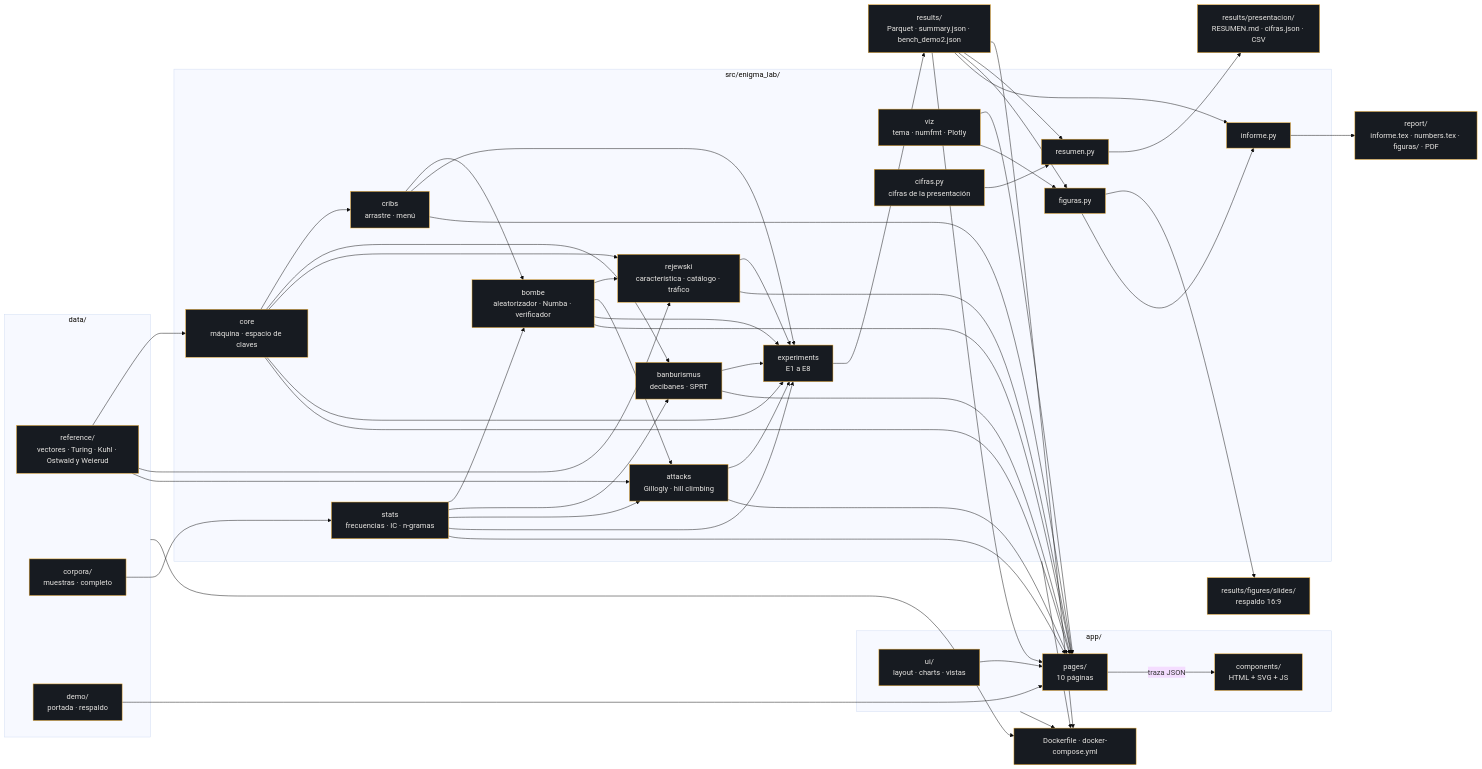
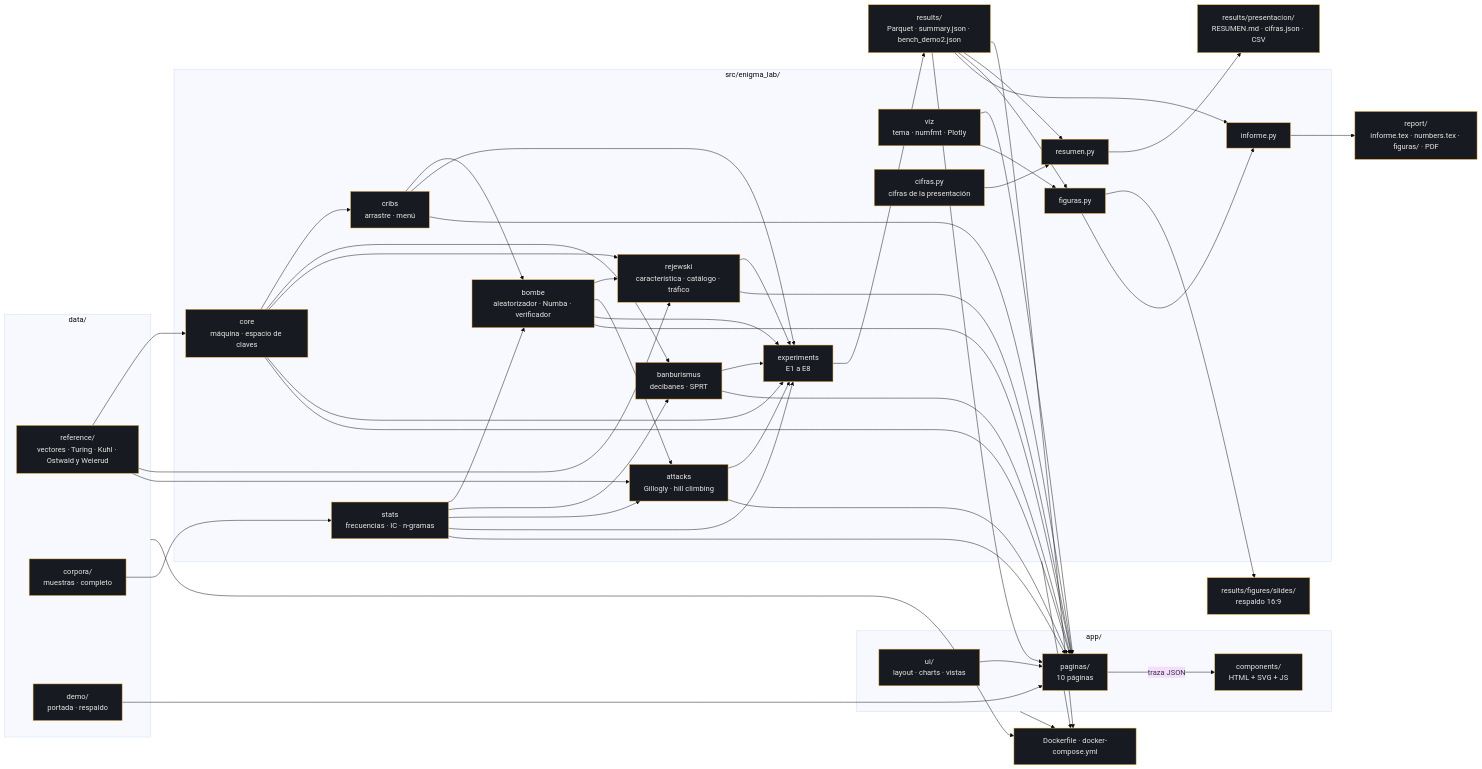
The first of 7 diagrams in docs/ARQUITECTURA.md (Cartosn/enigma-lab), drawn with Mermaid (base theme) before and after one commit. The commit also changed other lines of this file and 19 other files, not shown here.

First line of the commit message:
Las páginas pasan a app/paginas/: la primera carga directa de /maquina y /bombe ya pasa por Inicio.py (D-079)

````diff
--- a/docs/ARQUITECTURA.md
+++ b/docs/ARQUITECTURA.md
@@ -10,62 +10,62 @@
 ```mermaid
 flowchart LR
     subgraph data["data/"]
         ref["reference/<br/>vectores · Turing · Kuhl · Ostwald y Weierud"]
         corp["corpora/<br/>muestras · completo"]
         demo["demo/<br/>portada · respaldo"]
     end
 
     subgraph lib["src/enigma_lab/"]
         core["core<br/>máquina · espacio de claves"]
         stats["stats<br/>frecuencias · IC · n-gramas"]
         cribs["cribs<br/>arrastre · menú"]
         bombe["bombe<br/>aleatorizador · Numba · verificador"]
         banb["banburismus<br/>decibanes · SPRT"]
         rej["rejewski<br/>característica · catálogo · tráfico"]
         att["attacks<br/>Gillogly · hill climbing"]
         exp["experiments<br/>E1 a E8"]
         viz["viz<br/>tema · numfmt · Plotly"]
         cif["cifras.py<br/>cifras de la presentación"]
         res["resumen.py"]
         fig["figuras.py"]
         inf["informe.py"]
     end
 
     subgraph appdir["app/"]
         ui["ui/<br/>layout · charts · vistas"]
-        pages["pages/<br/>10 páginas"]
+        pages["paginas/<br/>10 páginas"]
         comp["components/<br/>HTML + SVG + JS"]
     end
 
     results["results/<br/>Parquet · summary.json · bench_demo2.json"]
     pres["results/presentacion/<br/>RESUMEN.md · cifras.json · CSV"]
     slides["results/figures/slides/<br/>respaldo 16:9"]
     report["report/<br/>informe.tex · numbers.tex · figuras/ · PDF"]
     docker["Dockerfile · docker-compose.yml"]
 
     corp --> stats
     ref --> core
     demo --> pages
     core --> cribs --> bombe
     core --> banb
     stats --> bombe
     stats --> banb
     core & bombe --> rej
     bombe & stats --> att
     ref --> rej & att
     core & stats & cribs & bombe & banb & rej & att --> exp
     exp --> results
     results & cif --> res --> pres
     results --> fig --> slides
     fig & results --> inf --> report
     viz --> pages
     viz --> fig
     core & stats & cribs & bombe & banb & rej & att --> pages
     results --> pages
     ui --> pages
     pages -- "traza JSON" --> comp
     lib & appdir & data & results --> docker
 
     classDef done fill:#171B21,stroke:#F2B134,color:#E8E6E3
     class core,viz,exp,results,pres,ref,demo,stats,cribs,corp,bombe,banb,rej,att,cif,res,fig,inf,ui,pages,comp,slides,report,docker done
 ```
````
